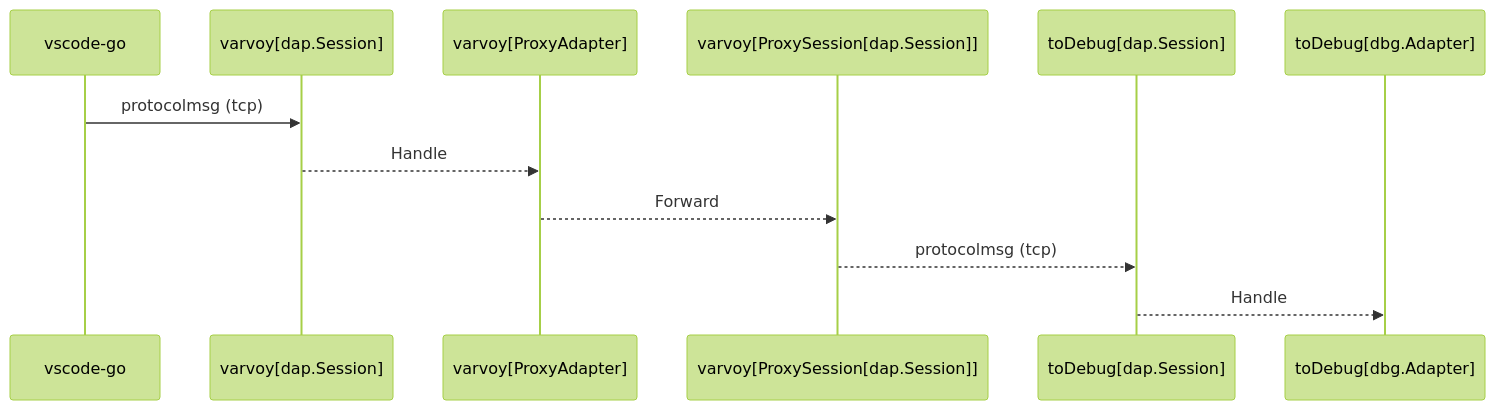
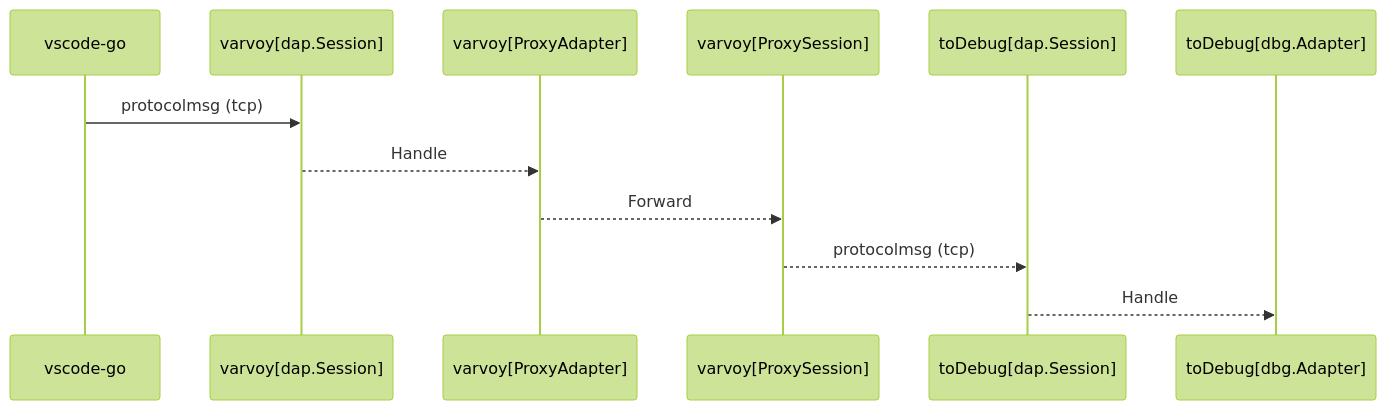
Before and after one commit to emicklei/varvoy: the diagram in DESIGN.md, drawn with Mermaid (forest theme). The commit also changed 4 other files, not shown here.

````diff
--- a/DESIGN.md
+++ b/DESIGN.md
@@ -1,8 +1,8 @@
 ```mermaid
 sequenceDiagram
     vscode-go ->> varvoy[dap.Session]: protocolmsg (tcp)
     varvoy[dap.Session]-->>varvoy[ProxyAdapter]: Handle
-    varvoy[ProxyAdapter]-->>varvoy[ProxySession[dap.Session]]: Forward
-    varvoy[ProxySession[dap.Session]]-->>toDebug[dap.Session]: protocolmsg (tcp)
+    varvoy[ProxyAdapter]-->>varvoy[ProxySession]: Forward
+    varvoy[ProxySession]-->>toDebug[dap.Session]: protocolmsg (tcp)
     toDebug[dap.Session]-->>toDebug[dbg.Adapter]: Handle
 ```
````
